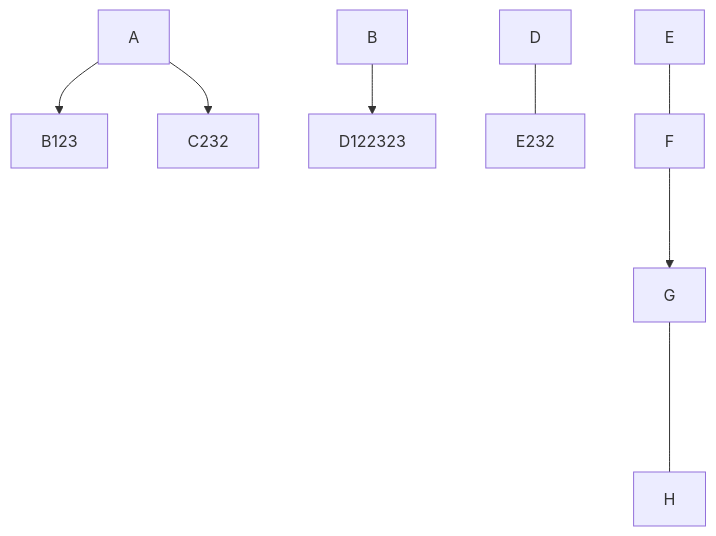
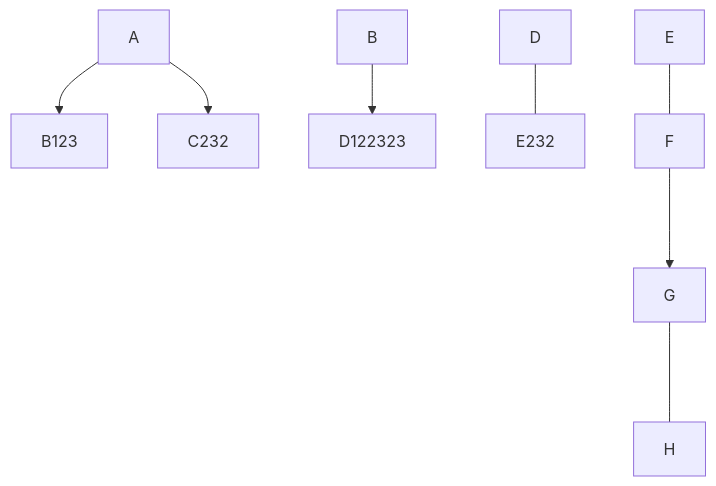
The first of 2 diagrams in README.md (misterkrull/GitWhippingBoy), drawn with Mermaid before and after one commit.

````diff
--- a/README.md
+++ b/README.md
@@ -1,10 +1,10 @@
 ```mermaid
   graph TB;
       A-->B123;
       A-->C232;
       B-->D122323;      
       D---E232
       E---F;
       F--->G;
-      G-----H;
+      G----H;
 ```
````
